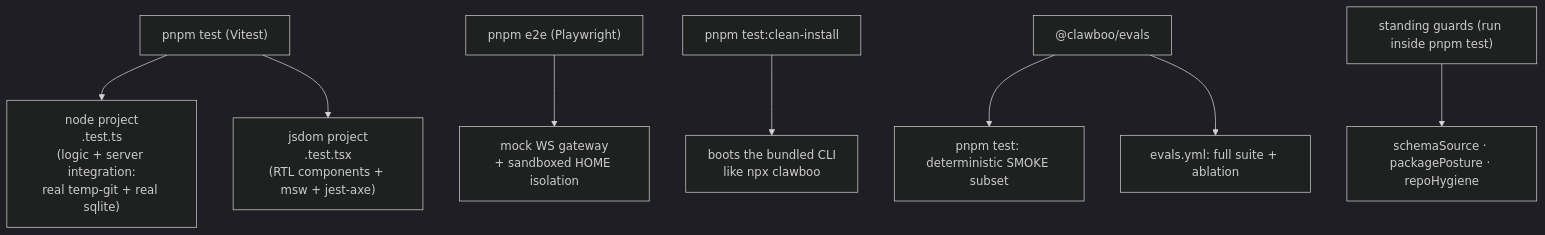
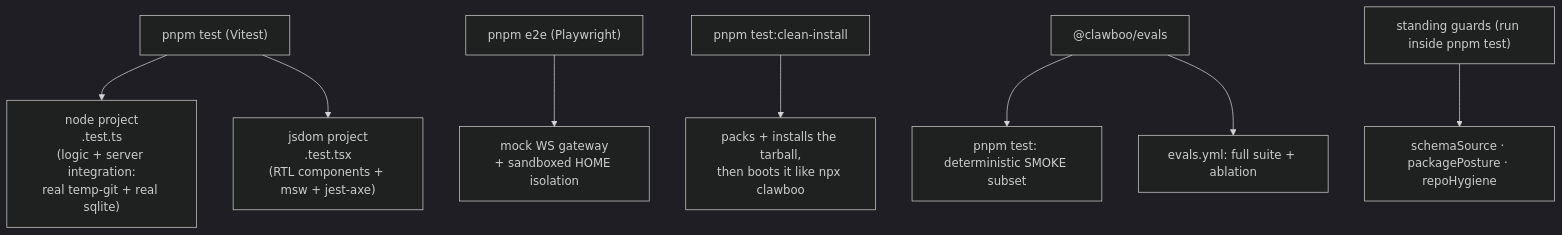
Before and after one commit to clawboo/clawboo: the diagram in docs/internals/testing.md, drawn with Mermaid (dark theme). The commit also changed other lines of this file and 14 other files, not shown here.

Commit message:
test(cli-install): pack the tarball, check bundle externals, and assert a runtime dispatch

````diff
--- a/docs/internals/testing.md
+++ b/docs/internals/testing.md
@@ -12,10 +12,10 @@
 ```mermaid
 flowchart TD
     A["pnpm test (Vitest)"] --> A1["node project<br/>.test.ts<br/>(logic + server integration:<br/>real temp-git + real sqlite)"]
     A --> A2["jsdom project<br/>.test.tsx<br/>(RTL components + msw + jest-axe)"]
     B["pnpm e2e (Playwright)"] --> B1["mock WS gateway<br/>+ sandboxed HOME isolation"]
-    C["pnpm test:clean-install"] --> C1["boots the bundled CLI<br/>like npx clawboo"]
+    C["pnpm test:clean-install"] --> C1["packs + installs the tarball,<br/>then boots it like npx clawboo"]
     D["@clawboo/evals"] --> D1["pnpm test: deterministic SMOKE subset"]
     D --> D2["evals.yml: full suite + ablation"]
     E["standing guards (run inside pnpm test)"] --> E1["schemaSource · packagePosture · repoHygiene"]
 ```
````
